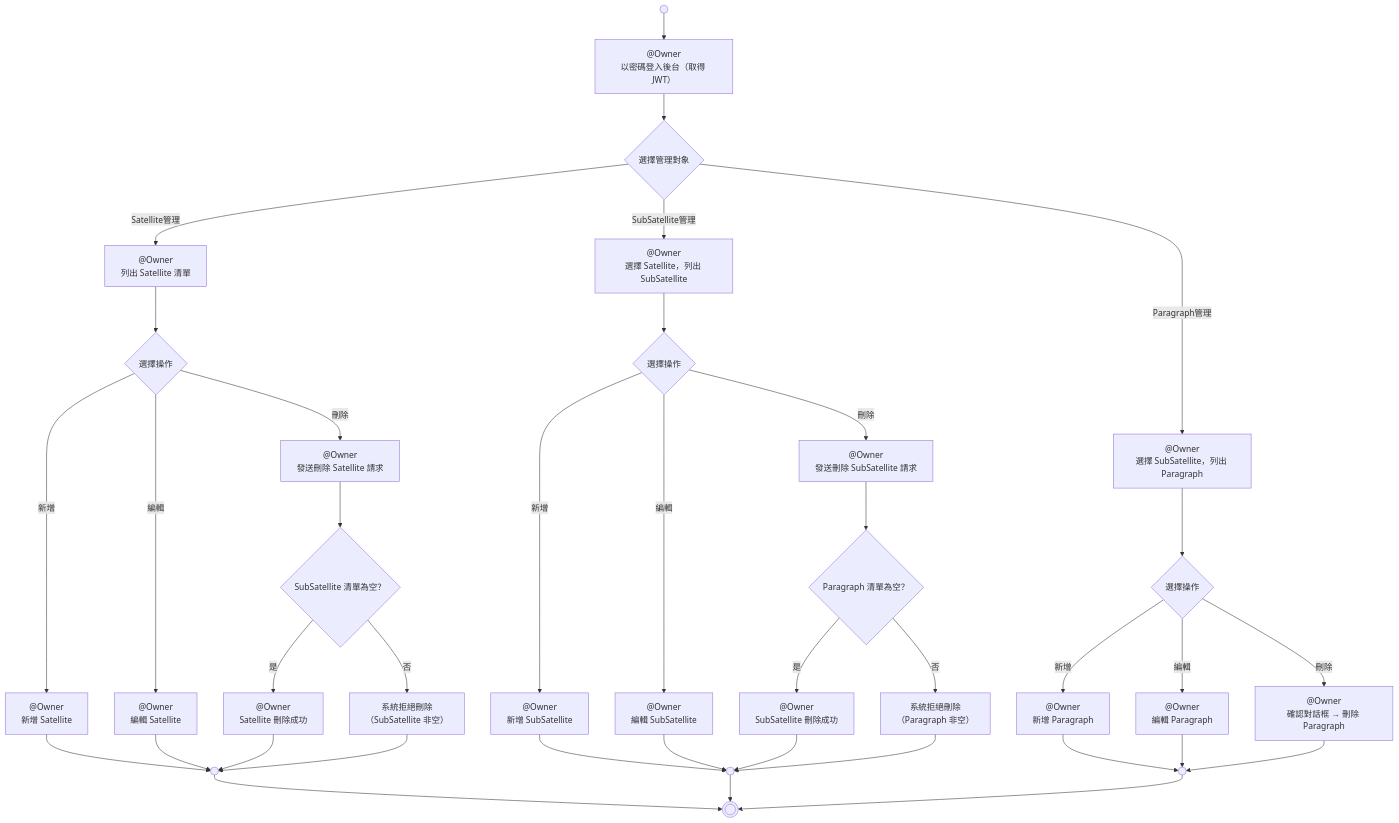
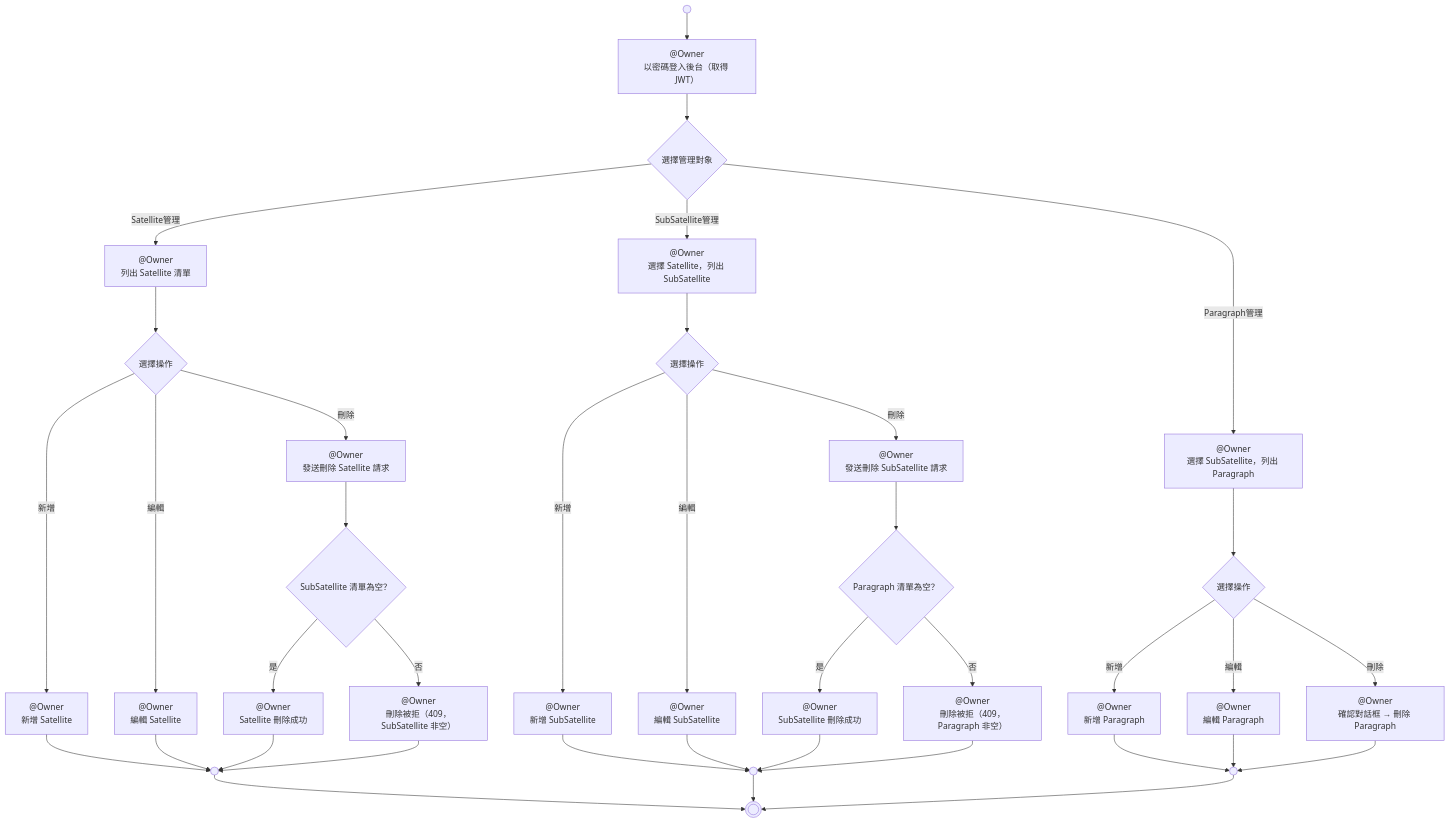
The diagram in specs/activities/後台管理流程.mmd (lallumeurRuby/ME_planet), drawn with Mermaid before and after one commit. The commit also changed 20 other files, not shown here.

```diff
--- a/specs/activities/後台管理流程.mmd
+++ b/specs/activities/後台管理流程.mmd
@@ -1,138 +1,136 @@
 %% ═══ 區段一：Activity 標頭與 Actor 宣告 ═══
 %% [ACTIVITY] 後台管理流程
 %% [ACTOR] Owner -> {specs/actors/擁有者.md}
 
 flowchart TD
 
 %% ═══ 區段二：節點定義 ═══
 
     Start(( ))
 
     %% [STEP:1] @Owner {features/admin/auth/進入後台.feature}
     S1["@Owner<br/>以密碼登入後台（取得 JWT）"]
 
     %% [DECISION:1a] 選擇管理對象
     D1a{"選擇管理對象"}
 
     %% ── Satellite 管理 ──
-    %% [STEP:2] @Owner {features/admin/satellite/列出衛星.feature}
+    %% [STEP:2] @Owner {features/visitor/universe/瀏覽3D宇宙.feature}
     S2["@Owner<br/>列出 Satellite 清單"]
 
     %% [DECISION:2a] 選擇 Satellite 操作
     D2a{"選擇操作"}
 
     %% [BRANCH:2a:新增] @Owner {features/admin/satellite/新增衛星.feature}
     B2a_create["@Owner<br/>新增 Satellite"]
 
     %% [BRANCH:2a:編輯] @Owner {features/admin/satellite/編輯衛星.feature}
     B2a_edit["@Owner<br/>編輯 Satellite"]
 
     %% [BRANCH:2a:刪除] @Owner {features/admin/satellite/刪除衛星.feature}
     B2a_delete["@Owner<br/>發送刪除 Satellite 請求"]
 
     %% [DECISION:2b] 確認 SubSatellite 清單是否為空
     D2b{"SubSatellite 清單為空？"}
 
     %% [BRANCH:2b:是] @Owner {features/admin/satellite/刪除衛星.feature}
     B2b_empty["@Owner<br/>Satellite 刪除成功"]
 
-    %% 刪除失敗時回傳 409 Conflict（子資料非空）
-    %% [BRANCH:2b:否]
-    B2b_notempty["系統拒絕刪除<br/>（SubSatellite 非空）"]
+    %% [BRANCH:2b:否] @Owner {features/admin/satellite/刪除衛星.feature}
+    B2b_notempty["@Owner<br/>刪除被拒（409，SubSatellite 非空）"]
 
     %% [MERGE:2a]
     M2a(( ))
 
     %% ── SubSatellite 管理 ──
-    %% [STEP:3] @Owner {features/admin/sub_satellite/列出子衛星.feature}
+    %% [STEP:3] @Owner {features/visitor/universe/探索衛星.feature}
     S3["@Owner<br/>選擇 Satellite，列出 SubSatellite"]
 
     %% [DECISION:3a] 選擇 SubSatellite 操作
     D3a{"選擇操作"}
 
     %% [BRANCH:3a:新增] @Owner {features/admin/sub_satellite/新增子衛星.feature}
     B3a_create["@Owner<br/>新增 SubSatellite"]
 
     %% [BRANCH:3a:編輯] @Owner {features/admin/sub_satellite/編輯子衛星.feature}
     B3a_edit["@Owner<br/>編輯 SubSatellite"]
 
     %% [BRANCH:3a:刪除] @Owner {features/admin/sub_satellite/刪除子衛星.feature}
     B3a_delete["@Owner<br/>發送刪除 SubSatellite 請求"]
 
     %% [DECISION:3b] 確認 Paragraph 清單是否為空
     D3b{"Paragraph 清單為空？"}
 
     %% [BRANCH:3b:是] @Owner {features/admin/sub_satellite/刪除子衛星.feature}
     B3b_empty["@Owner<br/>SubSatellite 刪除成功"]
 
-    %% 刪除失敗時回傳 409 Conflict（子資料非空）
-    %% [BRANCH:3b:否]
-    B3b_notempty["系統拒絕刪除<br/>（Paragraph 非空）"]
+    %% [BRANCH:3b:否] @Owner {features/admin/sub_satellite/刪除子衛星.feature}
+    B3b_notempty["@Owner<br/>刪除被拒（409，Paragraph 非空）"]
 
     %% [MERGE:3a]
     M3a(( ))
 
     %% ── Paragraph 管理 ──
-    %% [STEP:4] @Owner {features/admin/paragraph/列出段落.feature}
+    %% [STEP:4] @Owner {features/visitor/universe/查看段落.feature}
     S4["@Owner<br/>選擇 SubSatellite，列出 Paragraph"]
 
     %% [DECISION:4a] 選擇 Paragraph 操作
     D4a{"選擇操作"}
 
     %% [BRANCH:4a:新增] @Owner {features/admin/paragraph/新增段落.feature}
     B4a_create["@Owner<br/>新增 Paragraph"]
 
     %% [BRANCH:4a:編輯] @Owner {features/admin/paragraph/編輯段落.feature}
     B4a_edit["@Owner<br/>編輯 Paragraph"]
 
     %% [BRANCH:4a:刪除] @Owner {features/admin/paragraph/刪除段落.feature}
     B4a_delete["@Owner<br/>確認對話框 → 刪除 Paragraph"]
 
     %% [MERGE:4a]
     M4a(( ))
 
     End((( )))
 
 %% ═══ 區段三：邊定義 ═══
 
     Start --> S1
     S1 --> D1a
 
     D1a -- Satellite管理 --> S2
     D1a -- SubSatellite管理 --> S3
     D1a -- Paragraph管理 --> S4
 
     S2 --> D2a
     D2a -- 新增 --> B2a_create
     D2a -- 編輯 --> B2a_edit
     D2a -- 刪除 --> B2a_delete
     B2a_create --> M2a
     B2a_edit --> M2a
     B2a_delete --> D2b
     D2b -- 是 --> B2b_empty
     D2b -- 否 --> B2b_notempty
     B2b_empty --> M2a
     B2b_notempty --> M2a
     M2a --> End
 
     S3 --> D3a
     D3a -- 新增 --> B3a_create
     D3a -- 編輯 --> B3a_edit
     D3a -- 刪除 --> B3a_delete
     B3a_create --> M3a
     B3a_edit --> M3a
     B3a_delete --> D3b
     D3b -- 是 --> B3b_empty
     D3b -- 否 --> B3b_notempty
     B3b_empty --> M3a
     B3b_notempty --> M3a
     M3a --> End
 
     S4 --> D4a
     D4a -- 新增 --> B4a_create
     D4a -- 編輯 --> B4a_edit
     D4a -- 刪除 --> B4a_delete
     B4a_create --> M4a
     B4a_edit --> M4a
     B4a_delete --> M4a
     M4a --> End
```
